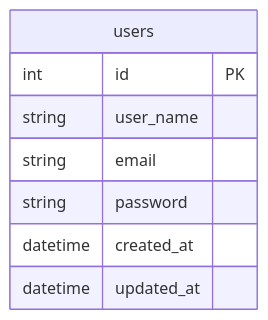
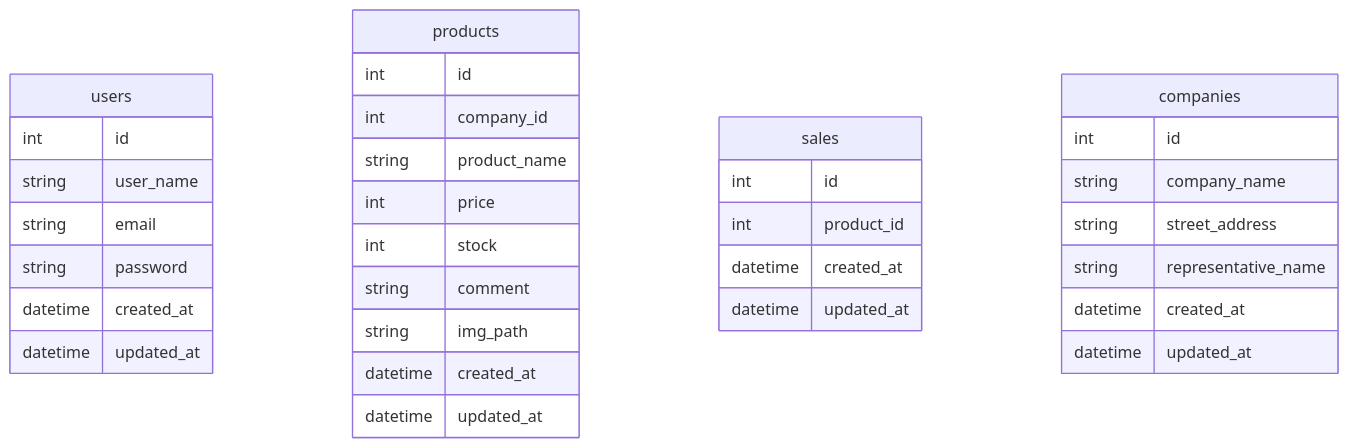
One commit to jung173/newpractice changed the diagram in docs/erd.md. Above: the diagram before and after it, drawn with Mermaid.

Commit message:
Update ER diagram

````diff
--- a/docs/erd.md
+++ b/docs/erd.md
@@ -1,12 +1,40 @@
 ```mermaid
 erDiagram
 
-    users {
-        int id PK
-        string user_name
-        string email
-        string password
-        datetime created_at
-        datetime updated_at
-    }
+users {
+    int id
+    string user_name
+    string email
+    string password
+    datetime created_at
+    datetime updated_at
+}
+
+products {
+    int id
+    int company_id
+    string product_name
+    int price
+    int stock
+    string comment
+    string img_path
+    datetime created_at
+    datetime updated_at
+}
+
+sales {
+    int id
+    int product_id
+    datetime created_at
+    datetime updated_at
+}
+
+companies {
+    int id
+    string company_name
+    string street_address
+    string representative_name
+    datetime created_at
+    datetime updated_at
+}
 ```
````
